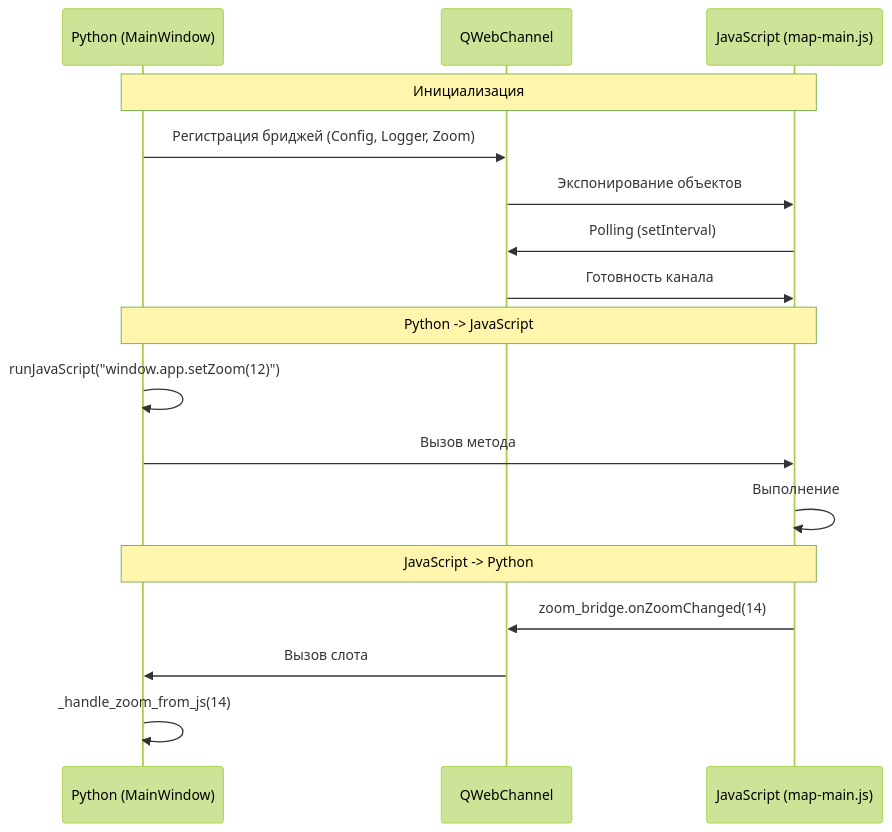
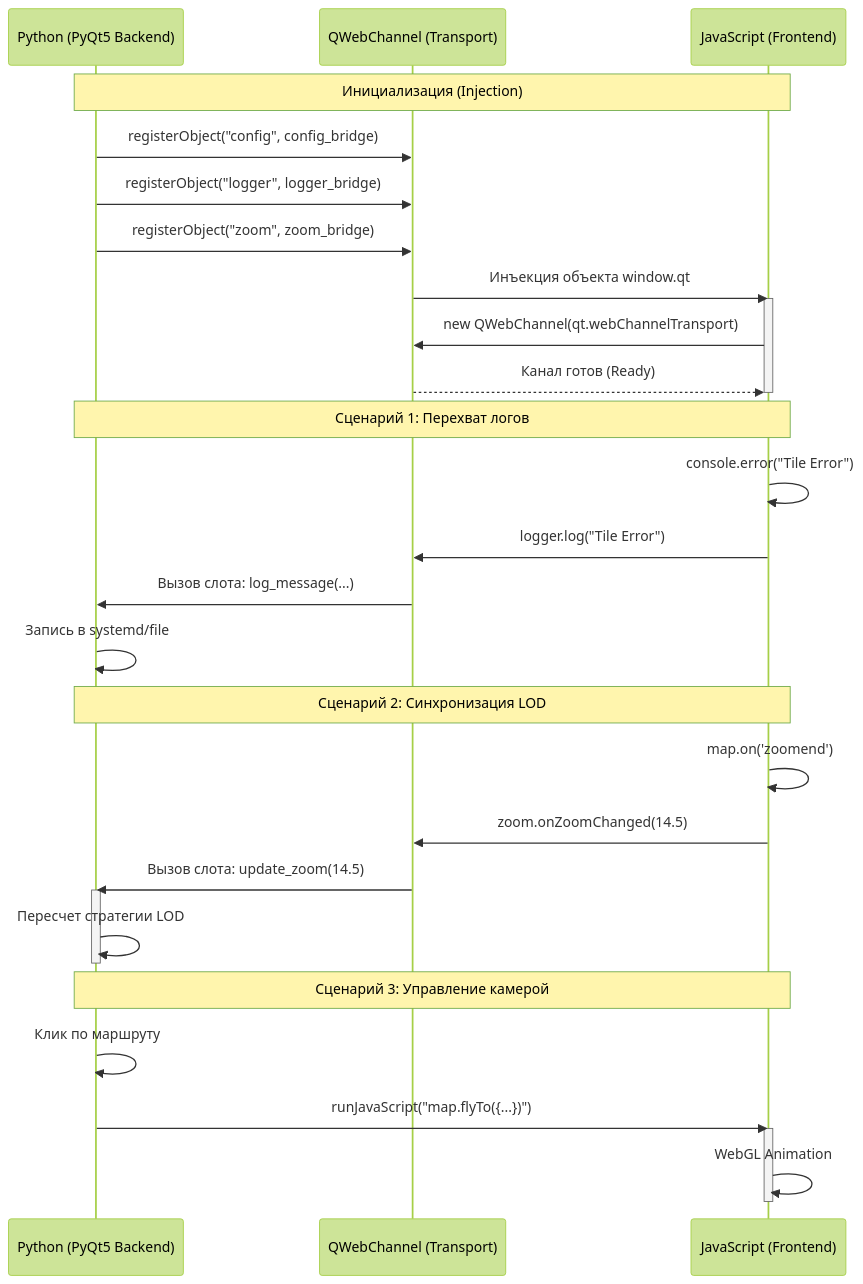
The diagram in assets/diagrams/03-qwebchannel-seq.mmd (L1CH7/magistracy-diplom-iu12-docs), drawn with Mermaid (forest theme) before and after one commit. The commit also changed 13 other files, not shown here.

Commit message:
feat(mmd) - актуализировал мермейд диаграммы. теперь красота

```diff
--- a/assets/diagrams/03-qwebchannel-seq.mmd
+++ b/assets/diagrams/03-qwebchannel-seq.mmd
@@ -1,20 +1,40 @@
 sequenceDiagram
-    participant Python as Python (MainWindow)
-    participant Channel as QWebChannel
-    participant JS as JavaScript (map-main.js)
+    participant Py as Python (PyQt5 Backend)
+    participant IPC as QWebChannel (Transport)
+    participant JS as JavaScript (Frontend)
+
+    Note over Py, JS: Инициализация (Injection)
+    %% Добавили регистрацию config, чтобы билось с текстом
+    Py->>IPC: registerObject("config", config_bridge)
+    Py->>IPC: registerObject("logger", logger_bridge)
+    Py->>IPC: registerObject("zoom", zoom_bridge)
+    IPC->>JS: Инъекция объекта window.qt
     
-    Note over Python,JS: Инициализация
-    Python->>Channel: Регистрация бриджей (Config, Logger, Zoom)
-    Channel->>JS: Экспонирование объектов
-    JS->>Channel: Polling (setInterval)
-    Channel->>JS: Готовность канала
-    
-    Note over Python,JS: Python -> JavaScript
-    Python->>Python: runJavaScript("window.app.setZoom(12)")
-    Python->>JS: Вызов метода
-    JS->>JS: Выполнение
-    
-    Note over Python,JS: JavaScript -> Python
-    JS->>Channel: zoom_bridge.onZoomChanged(14)
-    Channel->>Python: Вызов слота
-    Python->>Python: _handle_zoom_from_js(14)
+    activate JS
+    JS->>IPC: new QWebChannel(qt.webChannelTransport)
+    IPC-->>JS: Канал готов (Ready)
+    deactivate JS
+
+    %% Сценарий 1: Логирование (Data Stream)
+    Note over Py, JS: Сценарий 1: Перехват логов
+    JS->>JS: console.error("Tile Error")
+    JS->>IPC: logger.log("Tile Error")
+    IPC->>Py: Вызов слота: log_message(...)
+    Py->>Py: Запись в systemd/file
+
+    %% Сценарий 2: Реакция (Event Driven)
+    Note over Py, JS: Сценарий 2: Синхронизация LOD
+    JS->>JS: map.on('zoomend')
+    JS->>IPC: zoom.onZoomChanged(14.5)
+    IPC->>Py: Вызов слота: update_zoom(14.5)
+    activate Py
+    Py->>Py: Пересчет стратегии LOD
+    deactivate Py
+
+    %% Сценарий 3: Управление (RPC)
+    Note over Py, JS: Сценарий 3: Управление камерой
+    Py->>Py: Клик по маршруту
+    Py->>JS: runJavaScript("map.flyTo({...})")
+    activate JS
+    JS->>JS: WebGL Animation
+    deactivate JS
```
